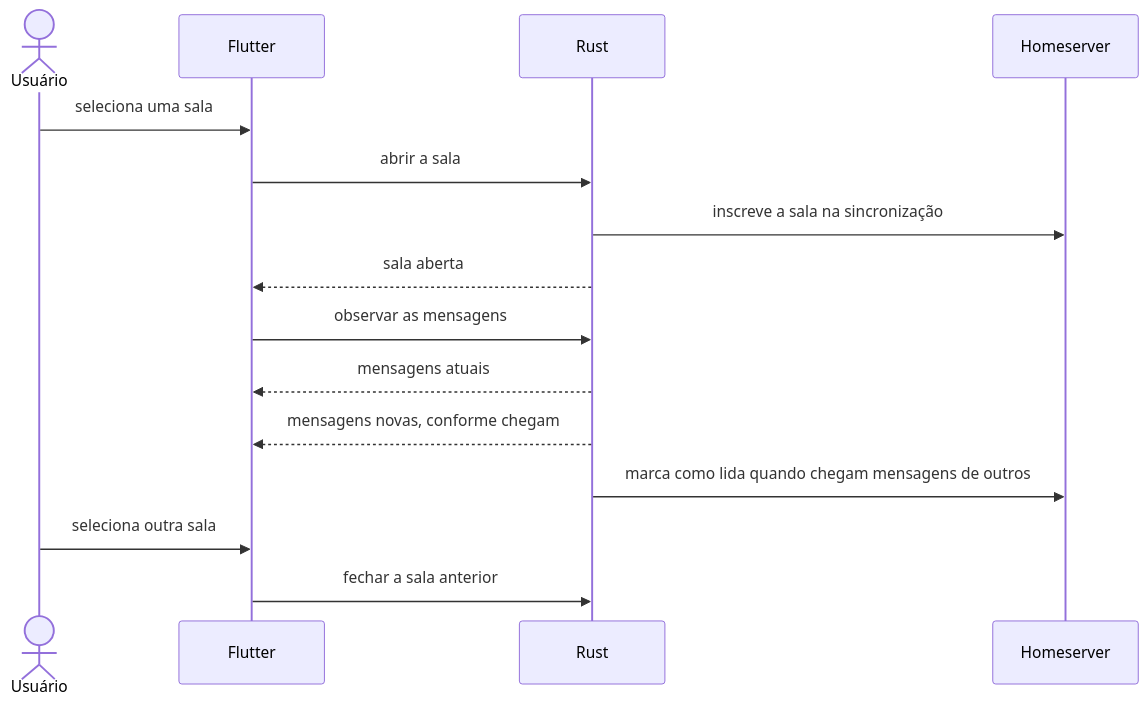
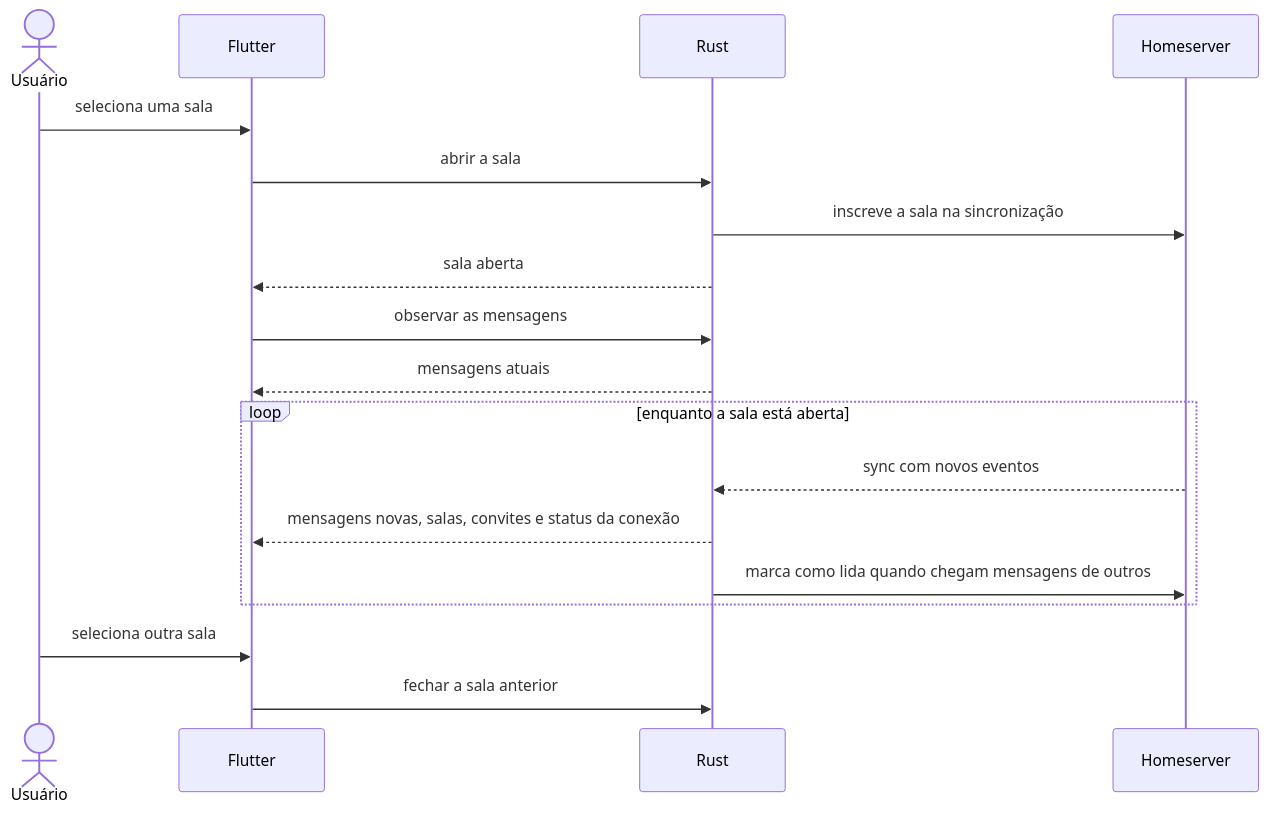
The tenth of 13 diagrams in docs/FLUXOS.md (Eduardo-Lima-Dev/Desafio-Tecnico-Insight), drawn with Mermaid before and after one commit. The commit also changed other lines of this file and 2 other files, not shown here.

````diff
--- a/docs/FLUXOS.md
+++ b/docs/FLUXOS.md
@@ -353,17 +212,20 @@
 ```mermaid
 sequenceDiagram
     actor U as Usuário
     participant UI as Flutter
     participant R as Rust
     participant H as Homeserver
     U->>UI: seleciona uma sala
     UI->>R: abrir a sala
     R->>H: inscreve a sala na sincronização
     R-->>UI: sala aberta
     UI->>R: observar as mensagens
     R-->>UI: mensagens atuais
-    R-->>UI: mensagens novas, conforme chegam
-    R->>H: marca como lida quando chegam mensagens de outros
+    loop enquanto a sala está aberta
+        H-->>R: sync com novos eventos
+        R-->>UI: mensagens novas, salas, convites e status da conexão
+        R->>H: marca como lida quando chegam mensagens de outros
+    end
     U->>UI: seleciona outra sala
     UI->>R: fechar a sala anterior
 ```
````
